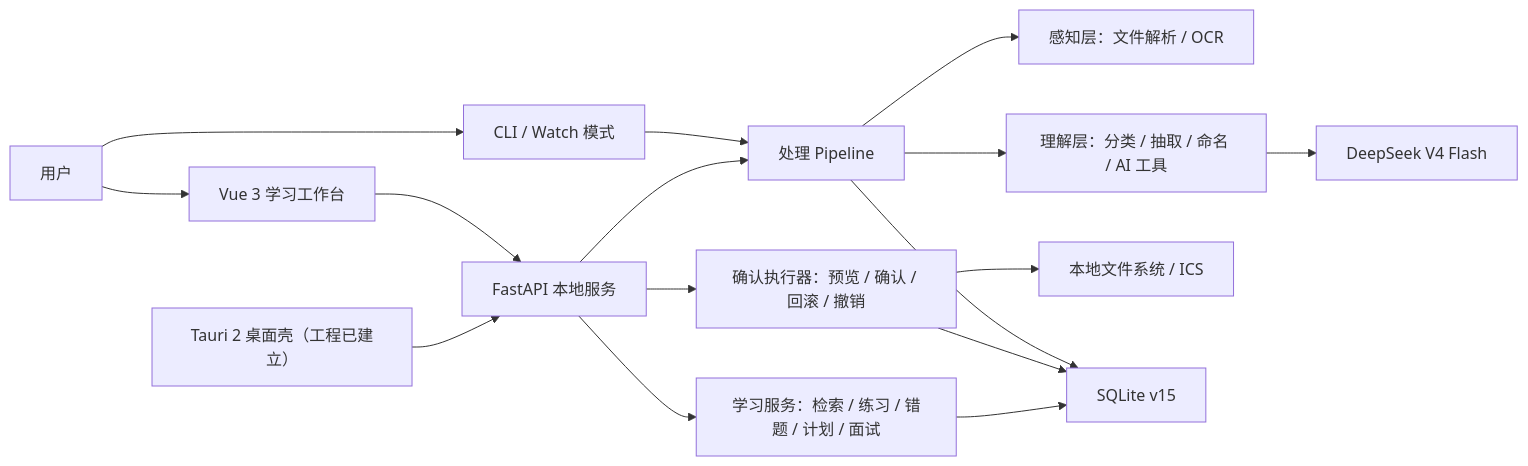
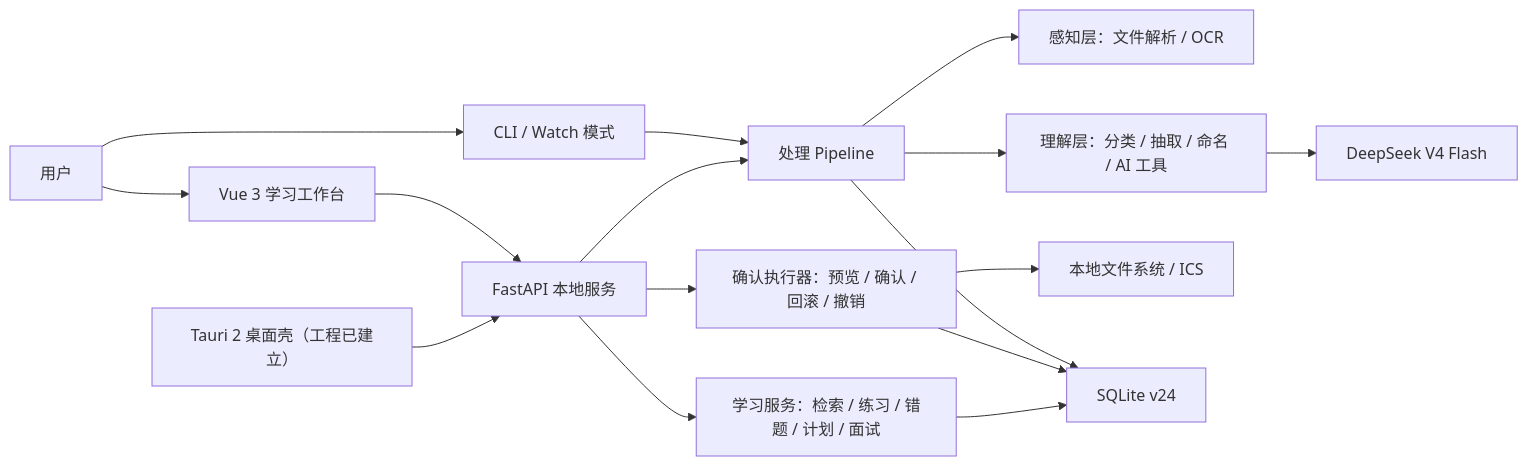
The diagram in README.md (cooooooosdas/Filemate), drawn with Mermaid before and after one commit. The commit also changed other lines of this file and 211 other files, not shown here.

````diff
--- a/README.md
+++ b/README.md
@@ -144,18 +175,18 @@
 ```mermaid
 flowchart LR
     U["用户"] --> V["Vue 3 学习工作台"]
     U --> C["CLI / Watch 模式"]
     V --> A["FastAPI 本地服务"]
     T["Tauri 2 桌面壳（工程已建立）"] --> A
     C --> P["处理 Pipeline"]
     A --> P
     P --> R["感知层：文件解析 / OCR"]
     P --> N["理解层：分类 / 抽取 / 命名 / AI 工具"]
     N --> L["DeepSeek V4 Flash"]
     A --> E["确认执行器：预览 / 确认 / 回滚 / 撤销"]
     A --> K["学习服务：检索 / 练习 / 错题 / 计划 / 面试"]
     E --> F["本地文件系统 / ICS"]
-    P --> S["SQLite v15"]
+    P --> S["SQLite v24"]
     E --> S
     K --> S
 ```
````
